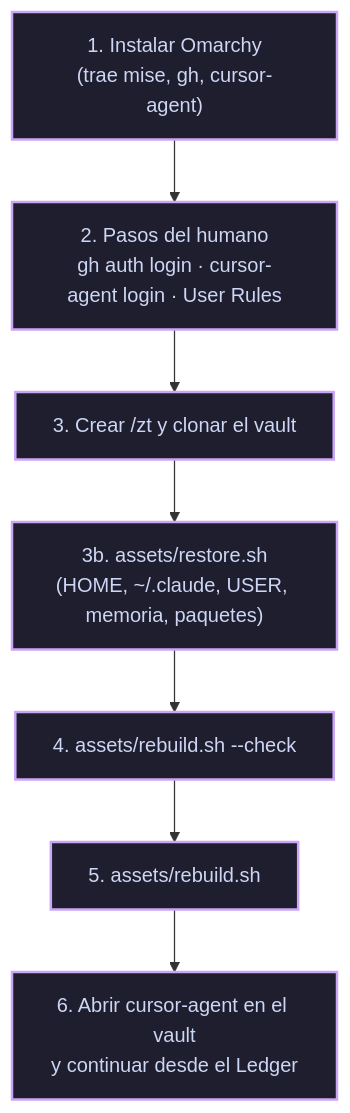
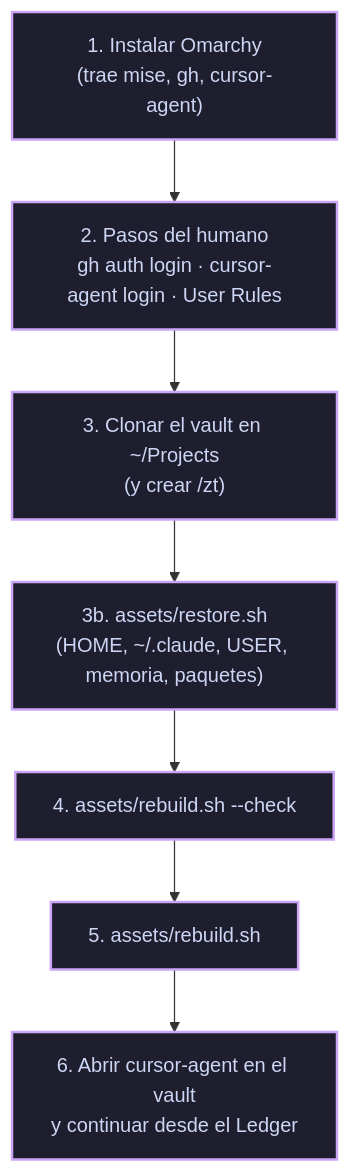
One commit to robert-flo/PJ-LARRY-rf-playbook changed the diagram in 10 - Referencias/10.4 - Reconstruir en una PC Nueva.md. Above: the diagram before and after it, drawn with Mermaid. The commit also changed other lines of this file and 10 other files, not shown here.

````diff
--- a/10 - Referencias/10.4 - Reconstruir en una PC Nueva.md
+++ b/10 - Referencias/10.4 - Reconstruir en una PC Nueva.md
@@ -32,11 +32,11 @@
 ```mermaid
 flowchart TD
     A["1. Instalar Omarchy<br/>(trae mise, gh, cursor-agent)"] --> B["2. Pasos del humano<br/>gh auth login · cursor-agent login · User Rules"]
-    B --> C["3. Crear /zt y clonar el vault"]
+    B --> C["3. Clonar el vault en ~/Projects<br/>(y crear /zt)"]
     C --> R["3b. assets/restore.sh<br/>(HOME, ~/.claude, USER, memoria, paquetes)"]
     R --> D["4. assets/rebuild.sh --check"]
     D --> E["5. assets/rebuild.sh"]
     E --> F["6. Abrir cursor-agent en el vault<br/>y continuar desde el Ledger"]
 
     classDef default fill:#1e1e2e,stroke:#cba6f7,stroke-width:2px,color:#cdd6f4;
 ```
````
